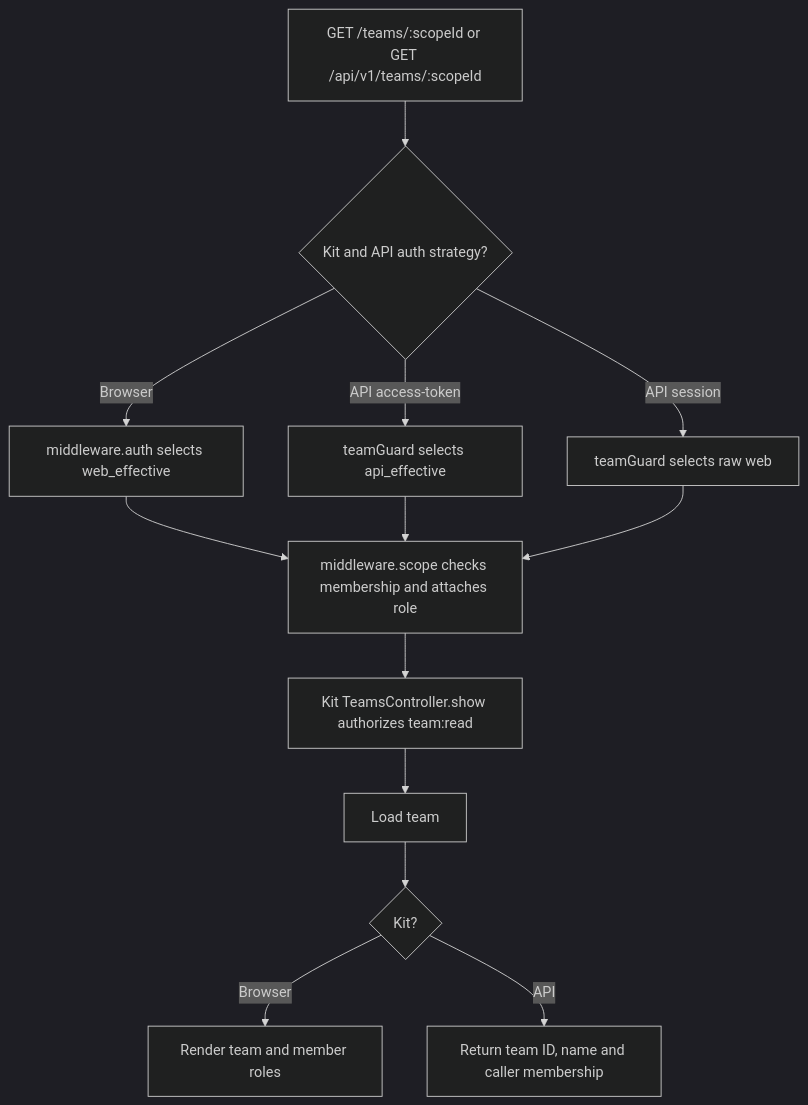
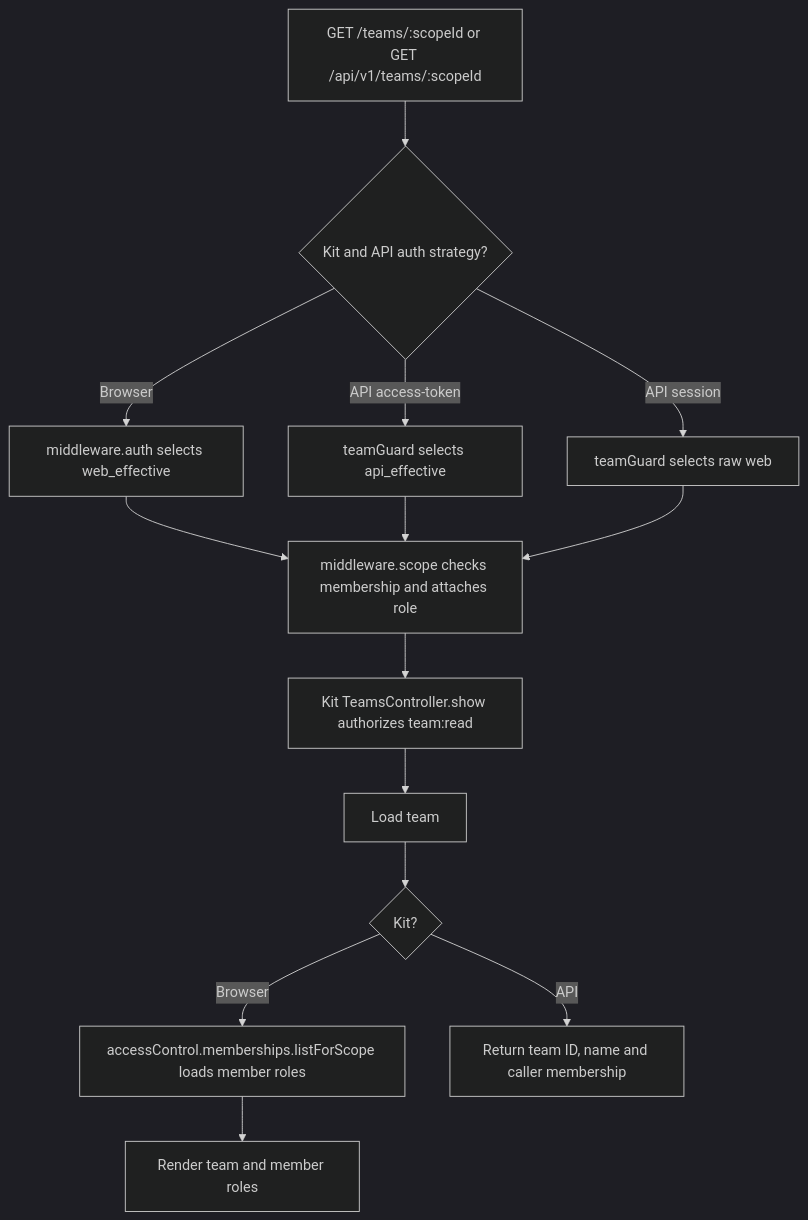
One commit to Kevinjohn/oss-adonisjs-starter-examples changed the second of 2 diagrams in user-stories/support/us-masq-02-view-target-team.md. Above: the diagram before and after it, drawn with Mermaid (dark theme).

Commit message:
docs: trace browser team member lookup

````diff
--- a/user-stories/support/us-masq-02-view-target-team.md
+++ b/user-stories/support/us-masq-02-view-target-team.md
@@ -43,15 +43,16 @@
 ```mermaid
 flowchart TD
     A["GET /teams/:scopeId or GET /api/v1/teams/:scopeId"] --> B{"Kit and API auth strategy?"}
     B -->|Browser| C["middleware.auth selects web_effective"]
     B -->|API access-token| D["teamGuard selects api_effective"]
     B -->|API session| E["teamGuard selects raw web"]
     C --> F["middleware.scope checks membership and attaches role"]
     D --> F
     E --> F
     F --> G["Kit TeamsController.show authorizes team:read"]
     G --> H["Load team"]
     H --> I{"Kit?"}
-    I -->|Browser| J["Render team and member roles"]
+    I -->|Browser| L["accessControl.memberships.listForScope loads member roles"]
+    L --> J["Render team and member roles"]
     I -->|API| K["Return team ID, name and caller membership"]
 ```
````
